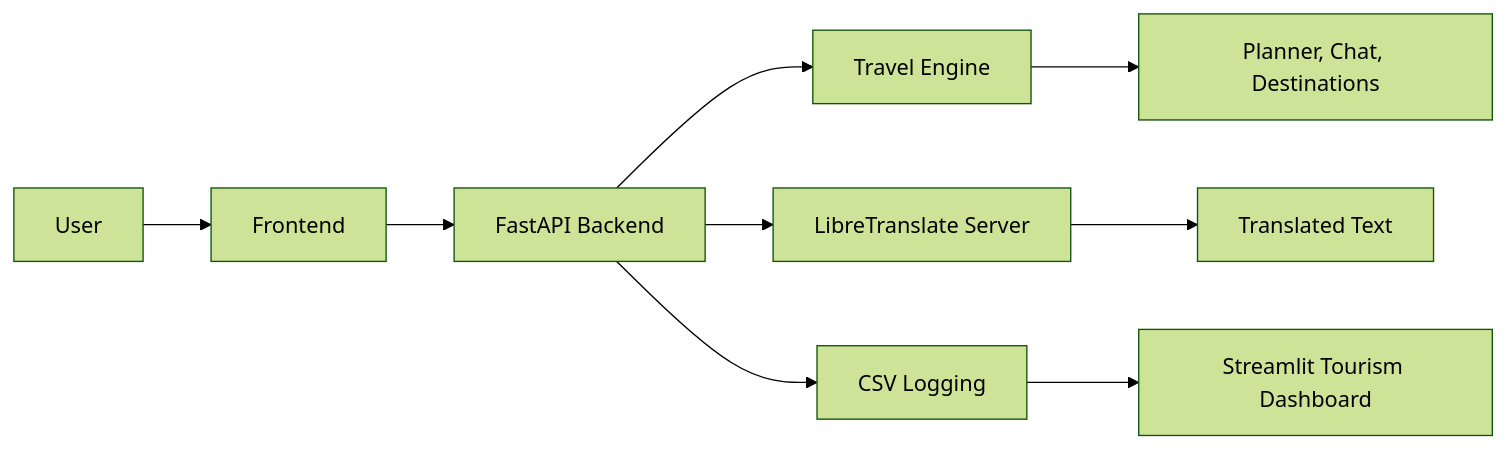
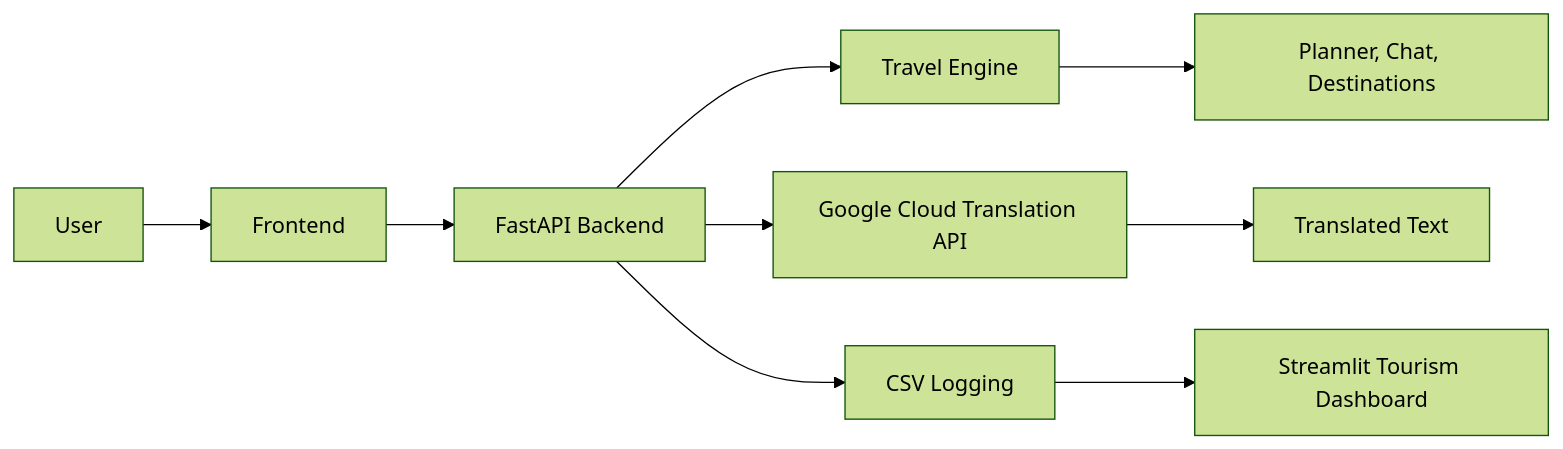
The diagram in README.md (adityatupe026-star/Yatra-AI), drawn with Mermaid (forest theme) before and after one commit. The commit also changed other lines of this file and 18 other files, not shown here.

````diff
--- a/README.md
+++ b/README.md
@@ -25,11 +25,11 @@
 ```mermaid
 flowchart LR
   A[User] --> B[Frontend]
   B --> C[FastAPI Backend]
   C --> D[Travel Engine]
-  C --> E[LibreTranslate Server]
+  C --> E[Google Cloud Translation API]
   C --> F[CSV Logging]
   F --> G[Streamlit Tourism Dashboard]
   D --> H[Planner, Chat, Destinations]
   E --> I[Translated Text]
 ```
````
